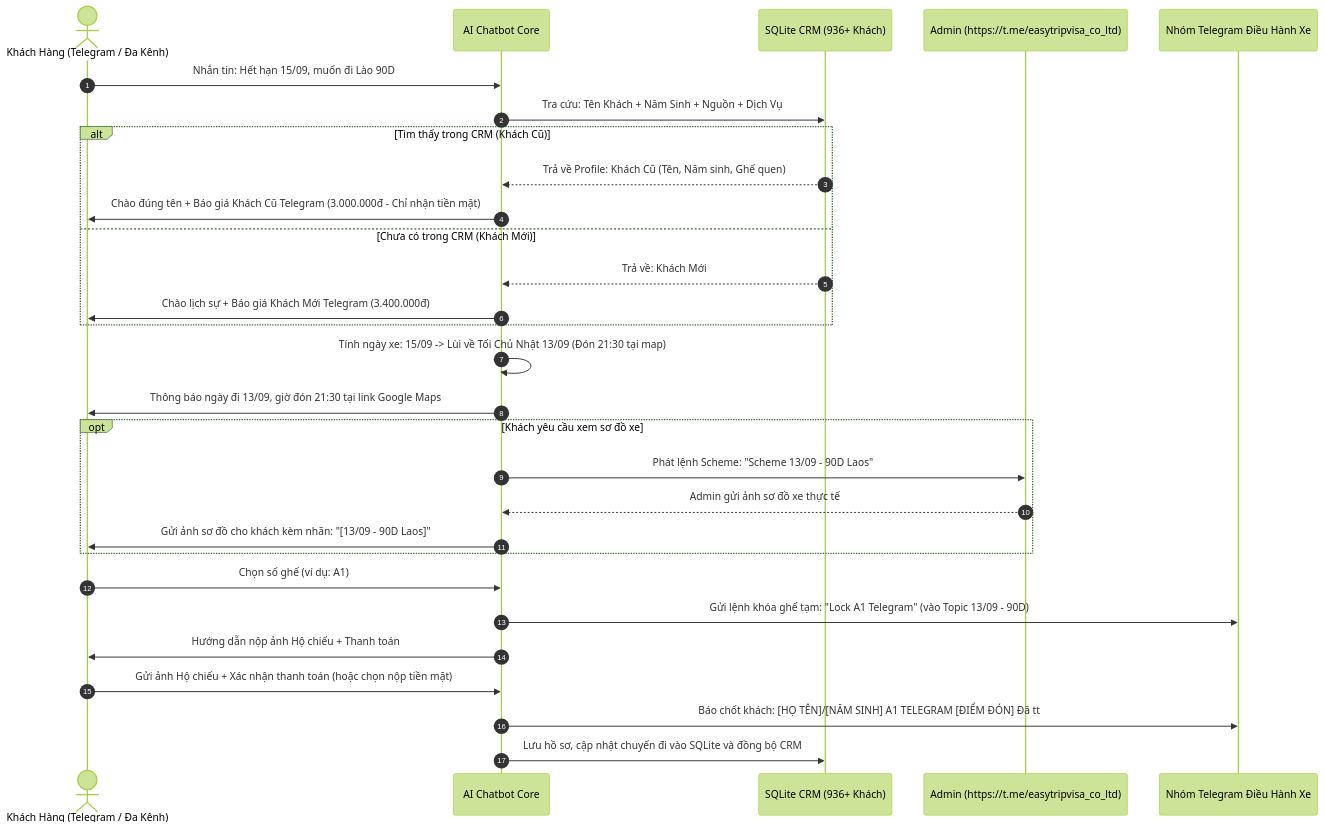
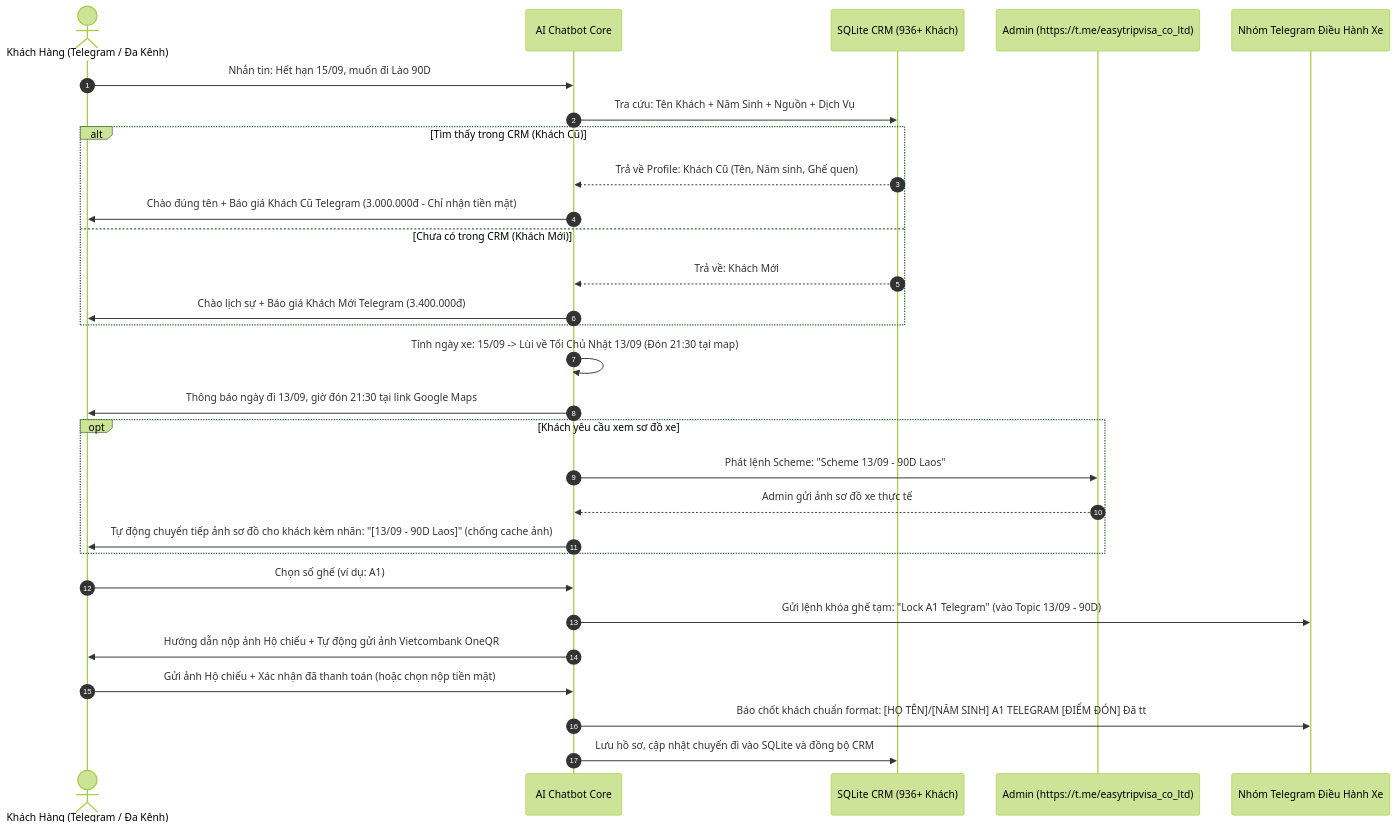
The second of 3 diagrams in docs/QUY_TRINH_HOAT_DONG_TOAN_DIEN_AI_CHATBOT.md (lyhoang280592-maker/chatbot-easytrip), drawn with Mermaid (forest theme) before and after one commit. The commit also changed other lines of this file, not shown here.

Commit message:
docs: update comprehensive chatbot workflow to v4.2 with Co-Pilot Studio and Vietcombank OneQR

````diff
--- a/docs/QUY_TRINH_HOAT_DONG_TOAN_DIEN_AI_CHATBOT.md
+++ b/docs/QUY_TRINH_HOAT_DONG_TOAN_DIEN_AI_CHATBOT.md
@@ -94,35 +110,35 @@
 ```mermaid
 sequenceDiagram
     autonumber
     actor C as Khách Hàng (Telegram / Đa Kênh)
     participant B as AI Chatbot Core
     participant DB as SQLite CRM (936+ Khách)
     participant AD as Admin (https://t.me/easytripvisa_co_ltd)
     participant BUS as Nhóm Telegram Điều Hành Xe
 
     C->>B: Nhắn tin: Hết hạn 15/09, muốn đi Lào 90D
     B->>DB: Tra cứu: Tên Khách + Năm Sinh + Nguồn + Dịch Vụ
     alt Tìm thấy trong CRM (Khách Cũ)
         DB-->>B: Trả về Profile: Khách Cũ (Tên, Năm sinh, Ghế quen)
         B->>C: Chào đúng tên + Báo giá Khách Cũ Telegram (3.000.000đ - Chỉ nhận tiền mặt)
     else Chưa có trong CRM (Khách Mới)
         DB-->>B: Trả về: Khách Mới
         B->>C: Chào lịch sự + Báo giá Khách Mới Telegram (3.400.000đ)
     end
 
     B->>B: Tính ngày xe: 15/09 -> Lùi về Tối Chủ Nhật 13/09 (Đón 21:30 tại map)
     B->>C: Thông báo ngày đi 13/09, giờ đón 21:30 tại link Google Maps
 
     opt Khách yêu cầu xem sơ đồ xe
         B->>AD: Phát lệnh Scheme: "Scheme 13/09 - 90D Laos"
         AD-->>B: Admin gửi ảnh sơ đồ xe thực tế
-        B->>C: Gửi ảnh sơ đồ cho khách kèm nhãn: "[13/09 - 90D Laos]"
+        B->>C: Tự động chuyển tiếp ảnh sơ đồ cho khách kèm nhãn: "[13/09 - 90D Laos]" (chống cache ảnh)
     end
 
     C->>B: Chọn số ghế (ví dụ: A1)
     B->>BUS: Gửi lệnh khóa ghế tạm: "Lock A1 Telegram" (vào Topic 13/09 - 90D)
-    B->>C: Hướng dẫn nộp ảnh Hộ chiếu + Thanh toán
-    C->>B: Gửi ảnh Hộ chiếu + Xác nhận thanh toán (hoặc chọn nộp tiền mặt)
-    B->>BUS: Báo chốt khách: [HỌ TÊN]/[NĂM SINH] A1 TELEGRAM [ĐIỂM ĐÓN] Đã tt
+    B->>C: Hướng dẫn nộp ảnh Hộ chiếu + Tự động gửi ảnh Vietcombank OneQR
+    C->>B: Gửi ảnh Hộ chiếu + Xác nhận đã thanh toán (hoặc chọn nộp tiền mặt)
+    B->>BUS: Báo chốt khách chuẩn format: [HỌ TÊN]/[NĂM SINH] A1 TELEGRAM [ĐIỂM ĐÓN] Đã tt
     B->>DB: Lưu hồ sơ, cập nhật chuyến đi vào SQLite và đồng bộ CRM
 ```
````
